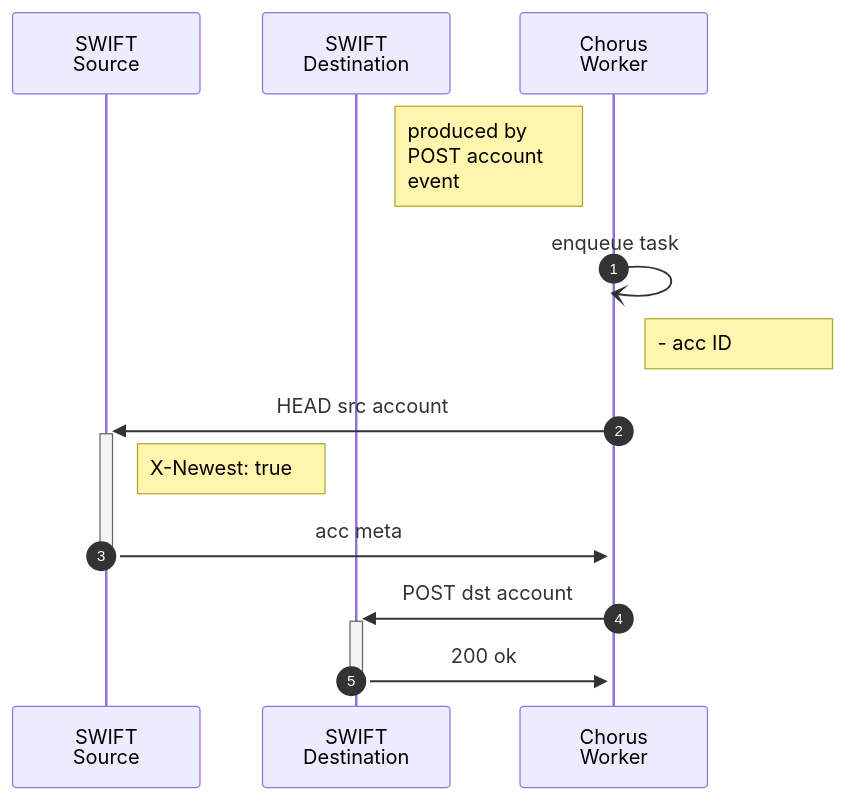
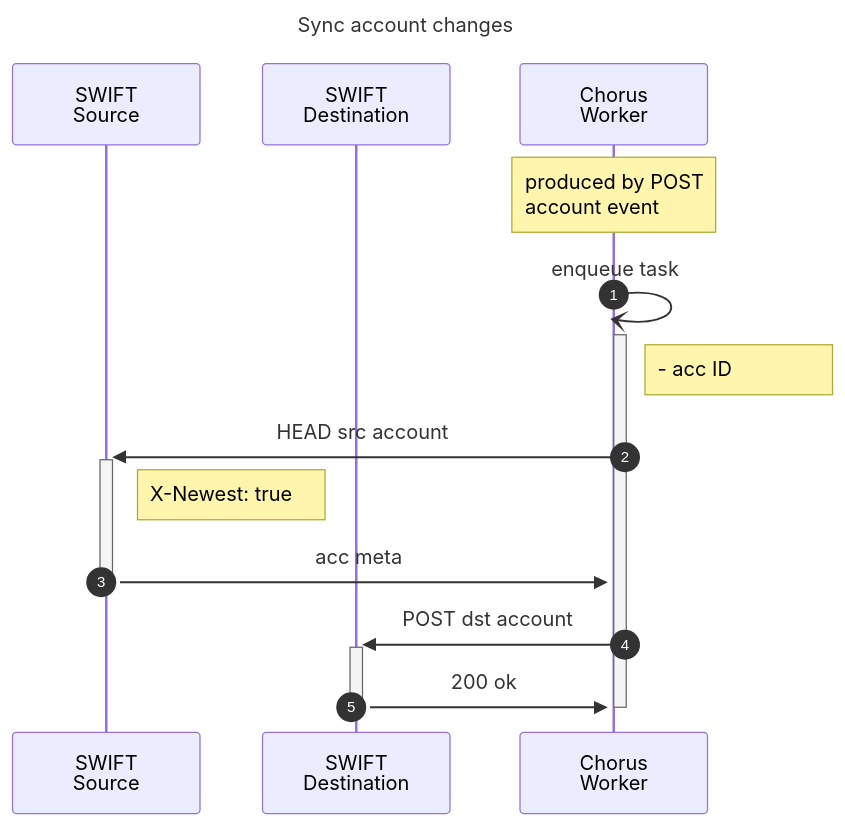
Before and after one commit to clyso/chorus: the second of 6 diagrams in docs/swift-migration.md, drawn with Mermaid. The commit also changed other lines of this file, not shown here.

Commit message:
swift live migration flow docs

````diff
--- a/docs/swift-migration.md
+++ b/docs/swift-migration.md
@@ -38,17 +59,22 @@
 ```mermaid
+---
+title: Sync account changes
+--- 
  %%{init: { 'sequence': {'noteAlign':'left'} } }%%
 sequenceDiagram
     autonumber
     Participant s as SWIFT<br>Source
     Participant d as SWIFT<br>Destination
     Participant w as Chorus<br>Worker
 
-    note left of w: produced by<br>POST account<br>event
+    note over w: produced by POST<br>account event
     w-)+w: enqueue task
+    activate w
     Note right of w: - acc ID
     w->>+s: HEAD src account
     note right of s: X-Newest: true
     s->>-w: acc meta
     w->>+d: POST dst account
     d->>-w: 200 ok
+    deactivate w
 ```
````
